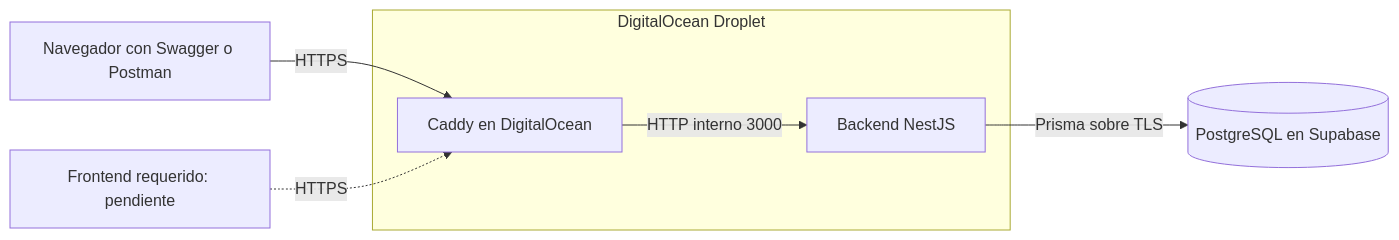
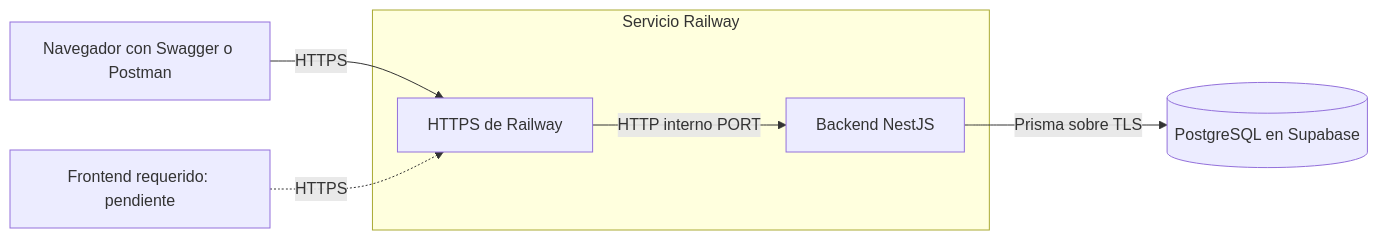
Before and after one commit to ChrMlg/SDLC_pasta_la_vista: the diagram in docs/02-arquitectura.md, drawn with Mermaid. The commit also changed other lines of this file and 11 other files, not shown here.

````diff
--- a/docs/02-arquitectura.md
+++ b/docs/02-arquitectura.md
@@ -3,9 +3,9 @@
 ```mermaid
 flowchart LR
-  P[Navegador con Swagger o Postman] -->|HTTPS| C[Caddy en DigitalOcean]
+  P[Navegador con Swagger o Postman] -->|HTTPS| C[HTTPS de Railway]
   F[Frontend requerido: pendiente] -.->|HTTPS| C
-  subgraph Droplet[DigitalOcean Droplet]
-    C -->|HTTP interno 3000| B[Backend NestJS]
+  subgraph Railway[Servicio Railway]
+    C -->|HTTP interno PORT| B[Backend NestJS]
   end
   B -->|Prisma sobre TLS| D[(PostgreSQL en Supabase)]
 ```
````
